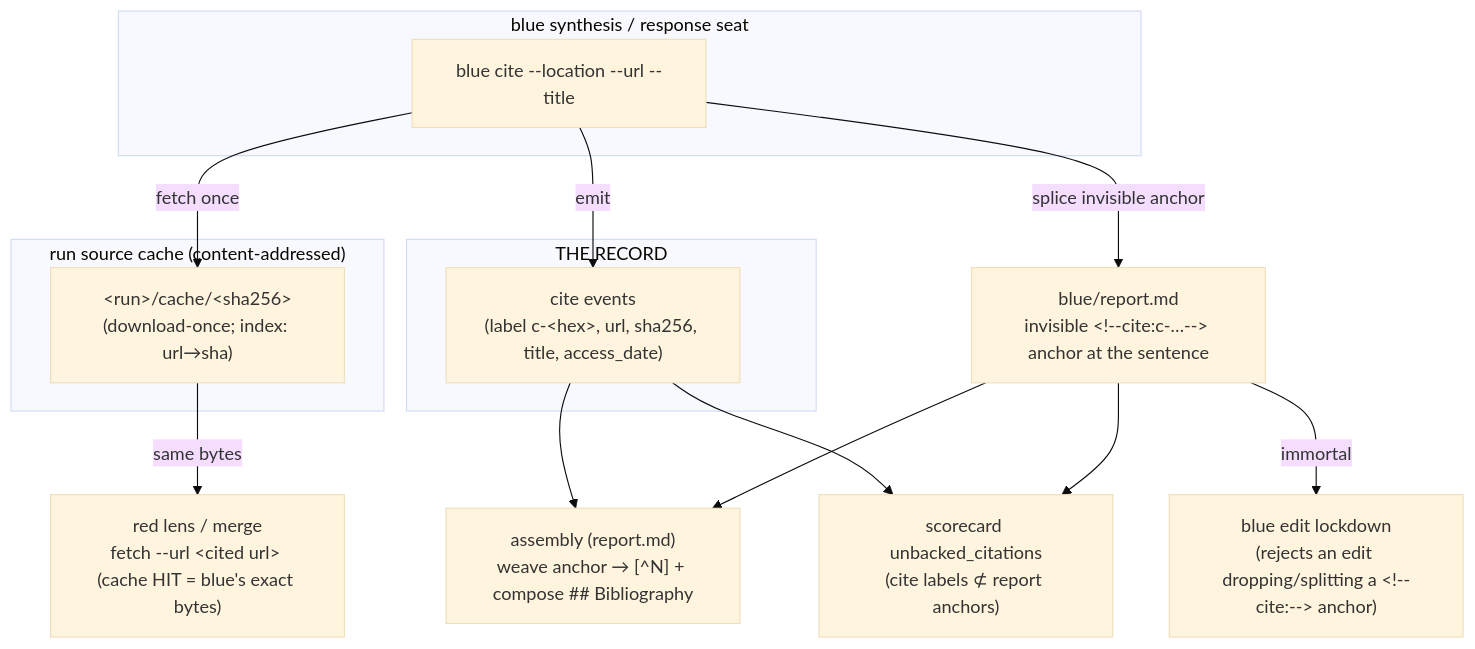
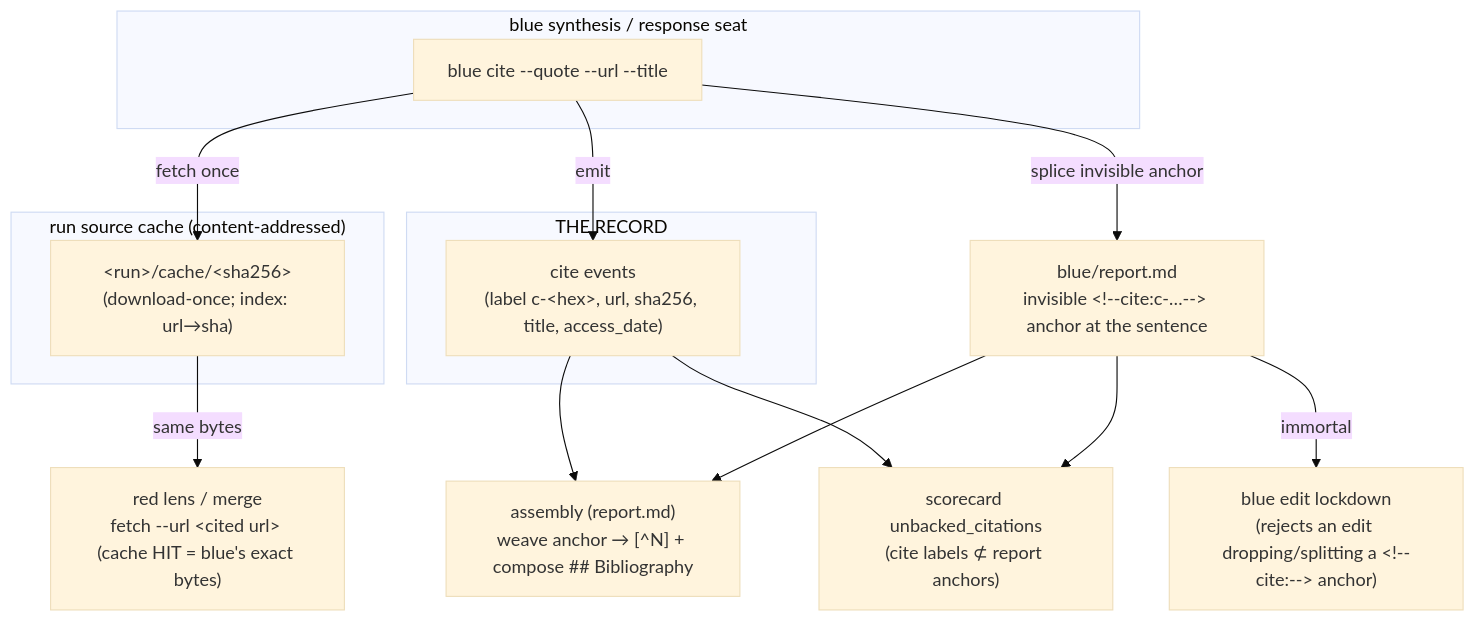
The second of 2 diagrams in plugins/frank-exchange-of-views/docs/record-flow.md (ctoforaday/special-circumstances), drawn with Mermaid (base theme) before and after one commit. The commit also changed 124 other files, not shown here.

````diff
--- a/plugins/frank-exchange-of-views/docs/record-flow.md
+++ b/plugins/frank-exchange-of-views/docs/record-flow.md
@@ -69,27 +69,27 @@
 ```mermaid
 flowchart TB
   subgraph blue["blue synthesis / response seat"]
-    BC["blue cite --location --url --title"]
+    BC["blue cite --quote --url --title"]
   end
   subgraph cache["run source cache (content-addressed)"]
     CF["&lt;run&gt;/cache/&lt;sha256&gt;<br/>(download-once; index: url→sha)"]
   end
   subgraph record["THE RECORD"]
     CEV["cite events<br/>(label c-&lt;hex&gt;, url, sha256, title, access_date)"]
   end
   RPT["blue/report.md<br/>invisible &lt;!--cite:c-…--&gt; anchor at the sentence"]
   RED["red lens / merge<br/>fetch --url &lt;cited url&gt; (cache HIT = blue's exact bytes)"]
   ASM["assembly (report.md)<br/>weave anchor → [^N] + compose ## Bibliography"]
   DET["scorecard unbacked_citations<br/>(cite labels ⊄ report anchors)"]
   LOCK["blue edit lockdown<br/>(rejects an edit dropping/splitting a &lt;!--cite:--&gt; anchor)"]
 
   BC -->|fetch once| CF
   BC -->|emit| CEV
   BC -->|splice invisible anchor| RPT
   CF -->|same bytes| RED
   RPT -->|immortal| LOCK
   CEV --> ASM
   RPT --> ASM
   CEV --> DET
   RPT --> DET
 ```
````
